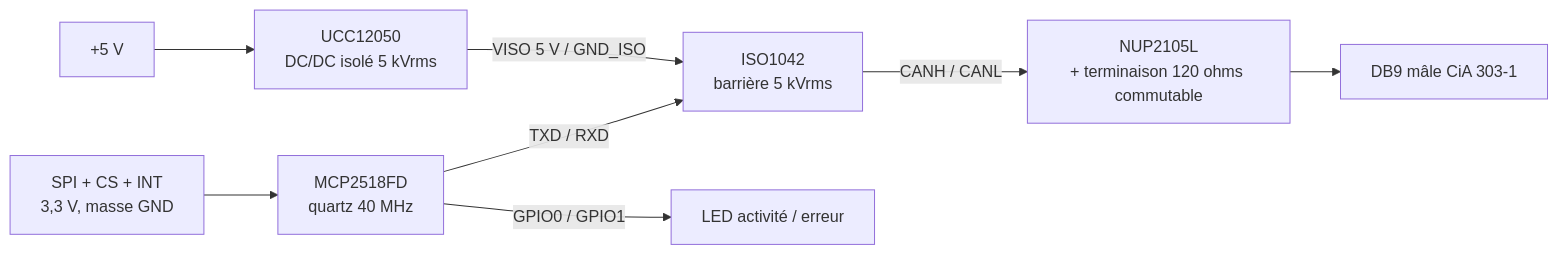
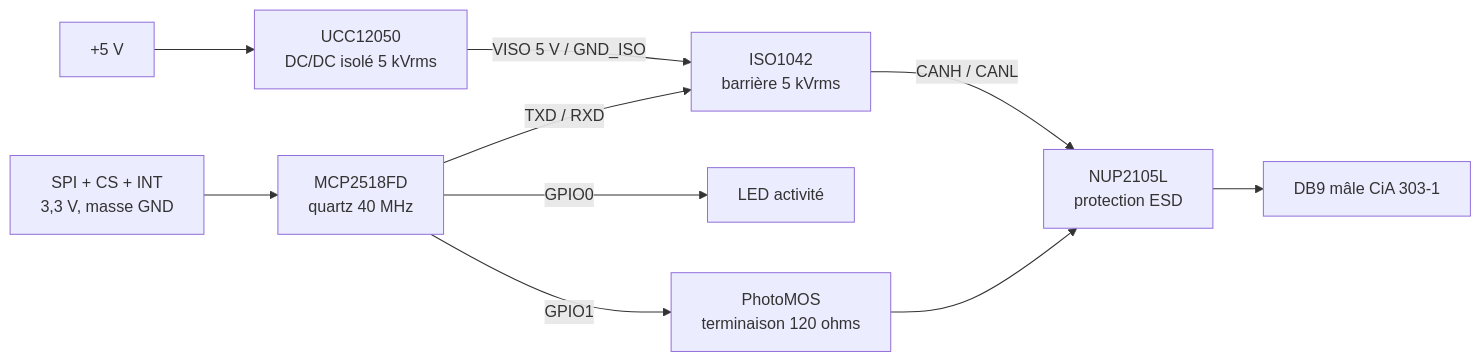
Before and after one commit to NicoPro88/Usb2Can-8-Ports: the second of 2 diagrams in docs/schema-bloc.md, drawn with Mermaid. The commit also changed other lines of this file and 7 other files, not shown here.

First line of the commit message:
Terminaison 120 ohms commandée par logiciel (PhotoMOS sur le GPIO1 du MCP2518FD)

````diff
--- a/docs/schema-bloc.md
+++ b/docs/schema-bloc.md
@@ -48,10 +48,12 @@
 ```mermaid
 flowchart LR
     SPI["SPI + CS + INT<br/>3,3 V, masse GND"] --> MCP["MCP2518FD<br/>quartz 40 MHz"]
     MCP -->|"TXD / RXD"| ISO["ISO1042<br/>barrière 5 kVrms"]
-    MCP -->|"GPIO0 / GPIO1"| LED["LED activité / erreur"]
+    MCP -->|"GPIO0"| LED["LED activité"]
+    MCP -->|"GPIO1"| TERM["PhotoMOS<br/>terminaison 120 ohms"]
     V5["+5 V"] --> DCDC["UCC12050<br/>DC/DC isolé 5 kVrms"]
     DCDC -->|"VISO 5 V / GND_ISO"| ISO
-    ISO -->|"CANH / CANL"| ESD["NUP2105L<br/>+ terminaison 120 ohms commutable"]
+    ISO -->|"CANH / CANL"| ESD["NUP2105L<br/>protection ESD"]
+    TERM --> ESD
     ESD --> DB9["DB9 mâle CiA 303-1"]
 ```
````
